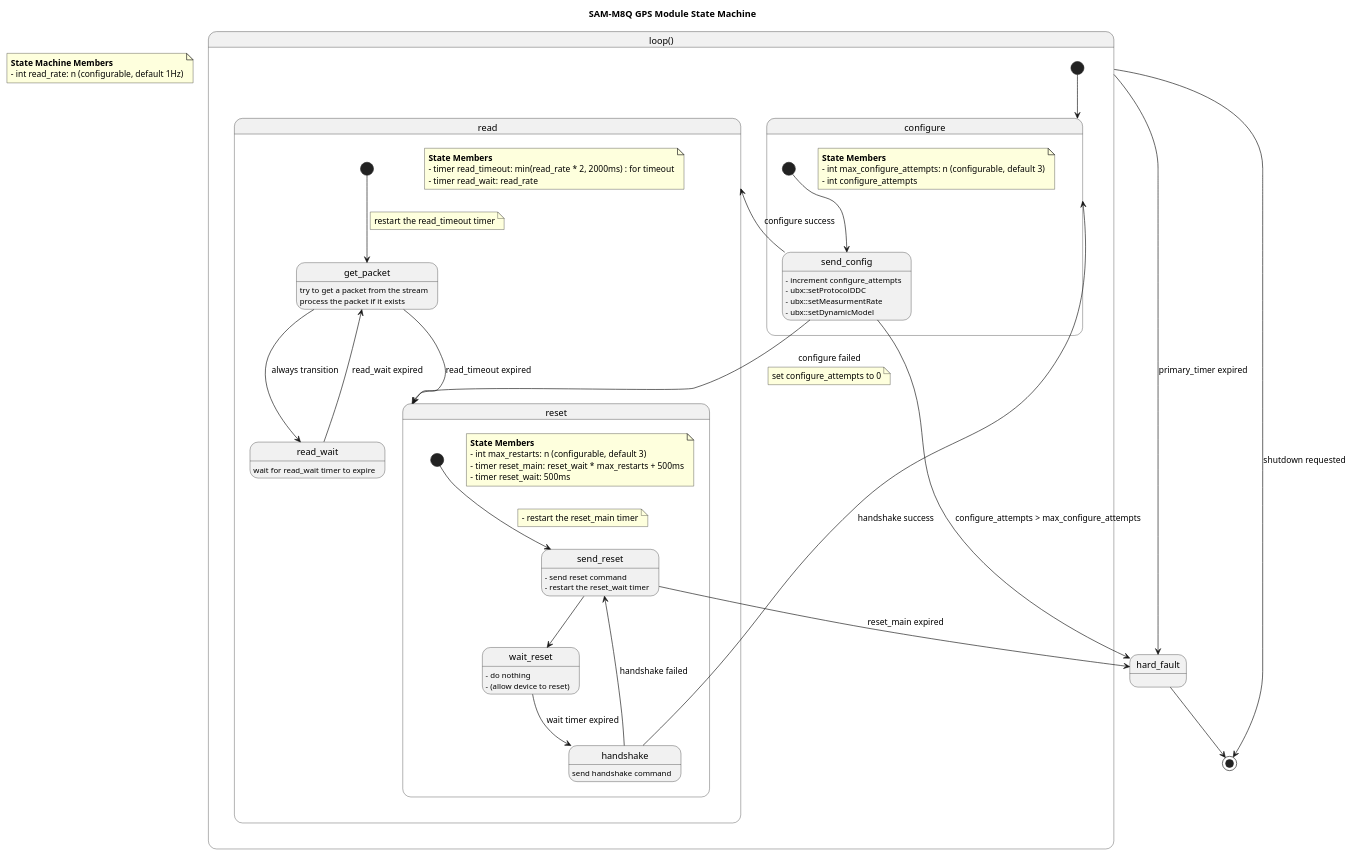
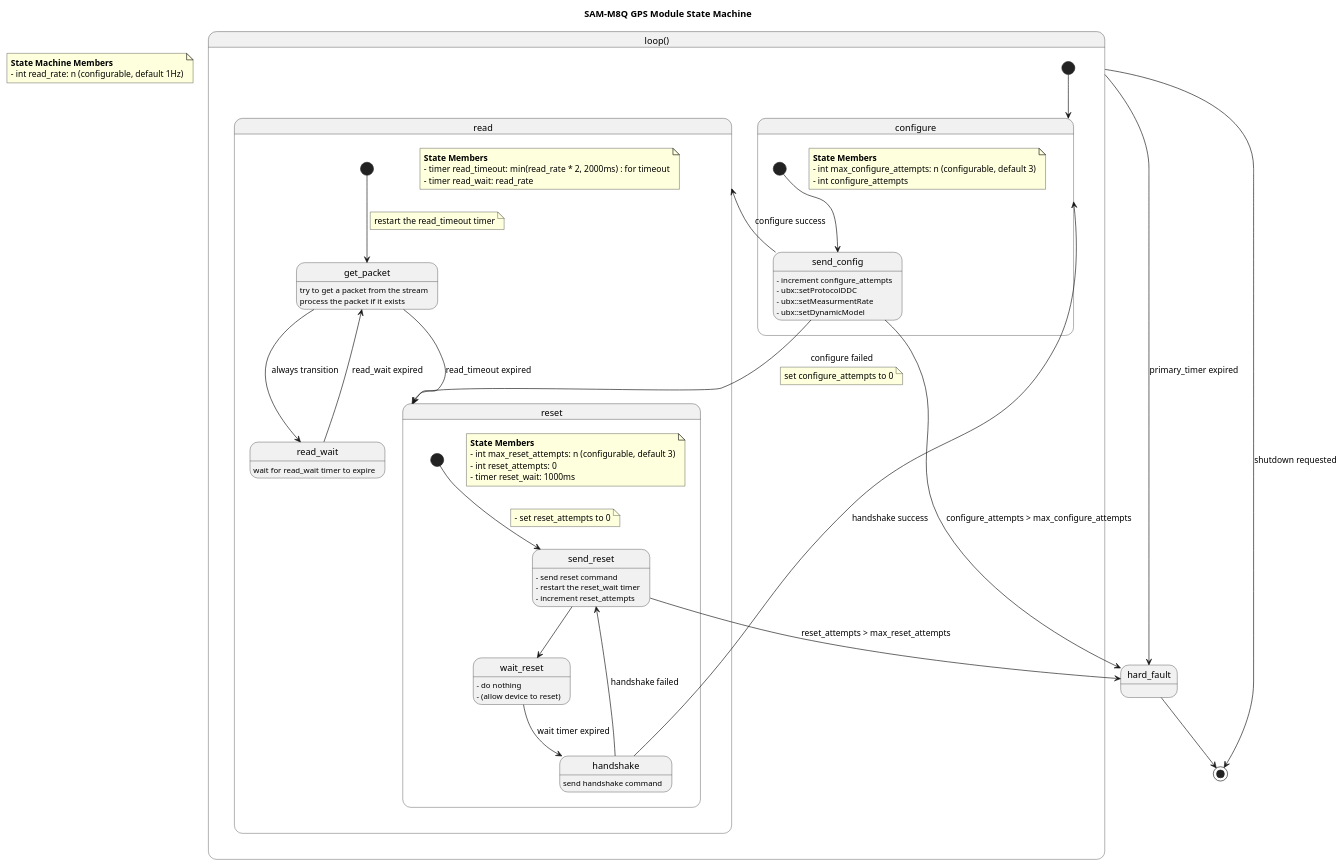
One commit to joshua-jerred/Giraffe changed the diagram in docs/uml/sam_m8q_gps_state_machine.puml. Above: the diagram before and after it, drawn with PlantUML. The commit also changed 2 other files, not shown here.

```diff
--- a/docs/uml/sam_m8q_gps_state_machine.puml
+++ b/docs/uml/sam_m8q_gps_state_machine.puml
@@ -1,93 +1,95 @@
 @startuml
 
 title SAM-M8Q GPS Module State Machine
 
 
 note as n
 <b>State Machine Members</b>
 - int read_rate: n (configurable, default 1Hz)
 end note
 
 state hard_fault
 
 state "loop()" as loop {
 
 state read {
   note as n0
   <b>State Members</b>
   - timer read_timeout: min(read_rate * 2, 2000ms) : for timeout
   - timer read_wait: read_rate
 end note
 
 state get_packet : try to get a packet from the stream
 state get_packet : process the packet if it exists
 state read_wait : wait for read_wait timer to expire
 
 [*] --> get_packet
 note on link
   restart the read_timeout timer
 end note
 
 get_packet --> read_wait : always transition
 get_packet --> reset : read_timeout expired
 read_wait --> get_packet : read_wait expired
 }
 
 state configure {
 note as n1
 <b>State Members</b>
 - int max_configure_attempts: n (configurable, default 3)
 - int configure_attempts
 end note
 
 state send_config : - increment configure_attempts
 state send_config : - ubx::setProtocolDDC
 state send_config : - ubx::setMeasurmentRate
 state send_config : - ubx::setDynamicModel
 
 [*] --> send_config
 send_config --> read : configure success
 send_config --> reset : configure failed
 note on link
   set configure_attempts to 0
   end note
 
   send_config --> hard_fault : configure_attempts > max_configure_attempts
 }
 
 state reset {
   note as n2
   <b>State Members</b>
-  - int max_restarts: n (configurable, default 3)
-  - timer reset_main: reset_wait * max_restarts + 500ms
-  - timer reset_wait: 500ms
+  - int max_reset_attempts: n (configurable, default 3)
+  - int reset_attempts: 0
+  - timer reset_wait: 1000ms
   end note
 
   state send_reset : - send reset command
   state send_reset : - restart the reset_wait timer
+  state send_reset : - increment reset_attempts
 
   state wait_reset : - do nothing
   state wait_reset : - (allow device to reset)
   state handshake : send handshake command
 
   [*] --> send_reset
   note on link
-    - restart the reset_main timer
+    - set reset_attempts to 0
     end note
 
     send_reset --> wait_reset
-    send_reset --> hard_fault : reset_main expired
+    send_reset --> hard_fault : reset_attempts > max_reset_attempts
 
     wait_reset --> handshake : wait timer expired
+
     handshake --> configure : handshake success
     handshake --> send_reset : handshake failed
   }
 
   [*] --> configure
 }
 
 hard_fault --> [*]
 loop --> hard_fault : primary_timer expired
 loop --> [*] : shutdown requested
 
 @enduml
```
